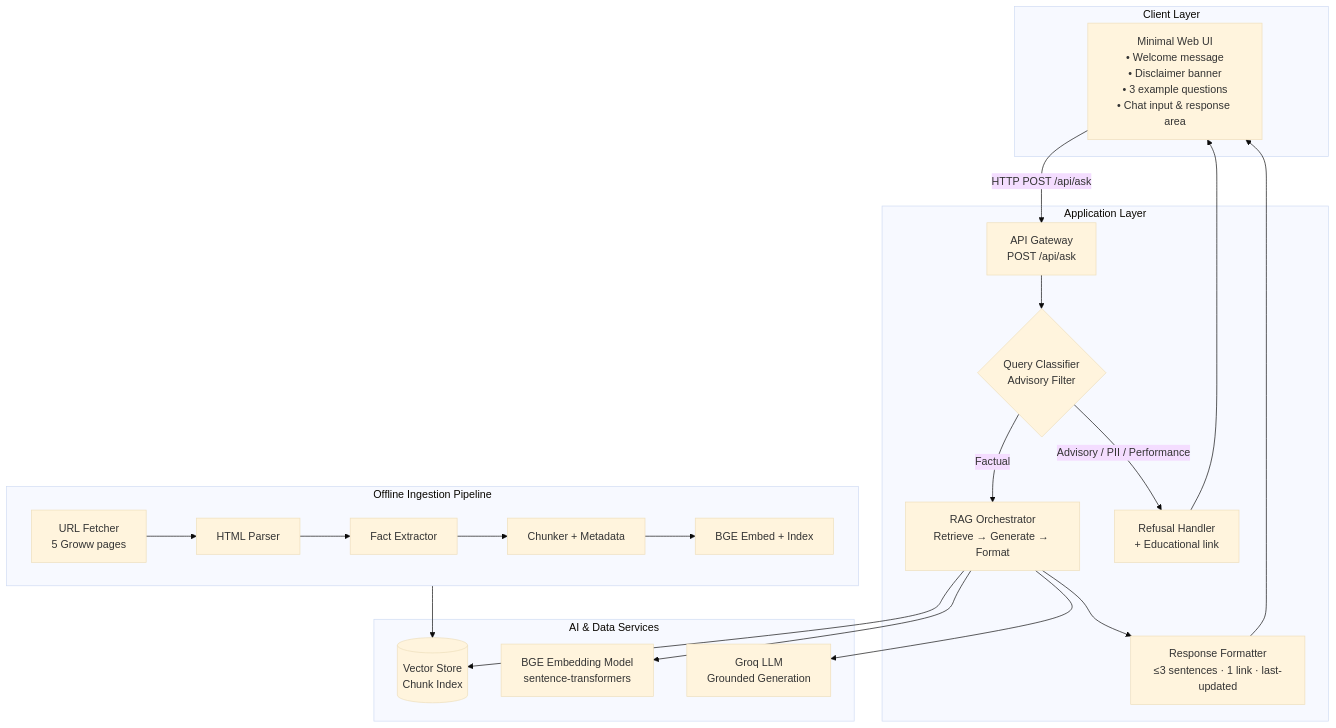
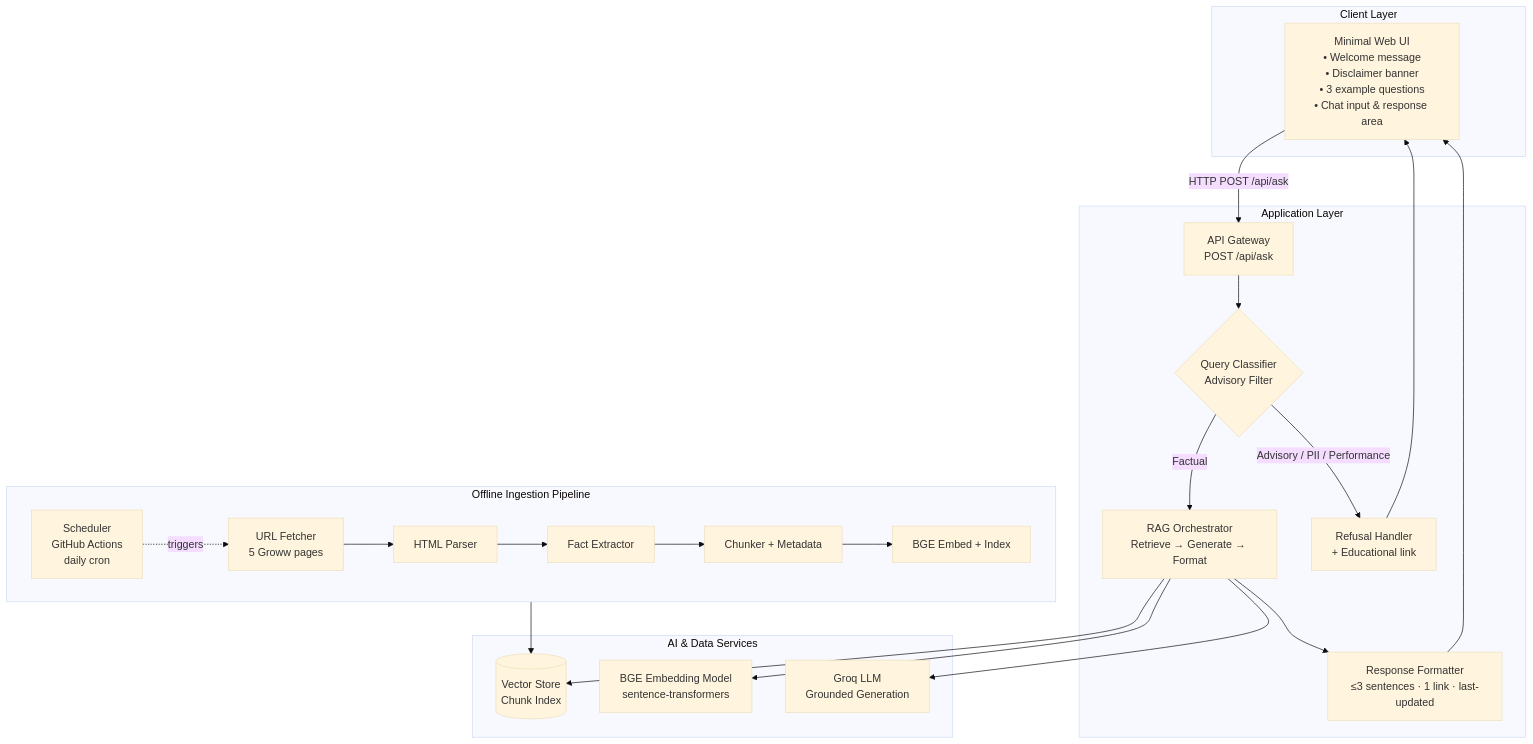
One commit to KarthikBattaram19/Mutual_Fund_Chat_Bot changed the first of 2 diagrams in Docs/architecture.md. Above: the diagram before and after it, drawn with Mermaid (base theme). The commit also changed other lines of this file and 5 other files, not shown here.

First line of the commit message:
Add GitHub Actions daily ingestion scheduler (Phase 5.a).

````diff
--- a/Docs/architecture.md
+++ b/Docs/architecture.md
@@ -27,46 +27,48 @@
 ```mermaid
 flowchart TB
     subgraph Client["Client Layer"]
         UI["Minimal Web UI<br/>• Welcome message<br/>• Disclaimer banner<br/>• 3 example questions<br/>• Chat input & response area"]
     end
 
     subgraph App["Application Layer"]
         API["API Gateway<br/>POST /api/ask"]
         QC{"Query Classifier<br/>Advisory Filter"}
         RAG["RAG Orchestrator<br/>Retrieve → Generate → Format"]
         RH["Refusal Handler<br/>+ Educational link"]
         RF["Response Formatter<br/>≤3 sentences · 1 link · last-updated"]
     end
 
     subgraph Services["AI & Data Services"]
         VS[("Vector Store<br/>Chunk Index")]
         EM["BGE Embedding Model<br/>sentence-transformers"]
         LLM["Groq LLM<br/>Grounded Generation"]
     end
 
     subgraph Offline["Offline Ingestion Pipeline"]
         direction LR
+        SCH["Scheduler<br/>GitHub Actions<br/>daily cron"]
         F["URL Fetcher<br/>5 Groww pages"]
         P["HTML Parser"]
         E["Fact Extractor"]
         C["Chunker + Metadata"]
         IX["BGE Embed + Index"]
+        SCH -.->|"triggers"| F
         F --> P --> E --> C --> IX
     end
 
     UI -->|"HTTP POST /api/ask"| API
     API --> QC
 
     QC -->|"Advisory / PII / Performance"| RH
     QC -->|"Factual"| RAG
 
     RAG --> EM
     RAG --> VS
     RAG --> LLM
     RAG --> RF
 
     RH --> UI
     RF --> UI
 
     IX --> VS
 ```
````
